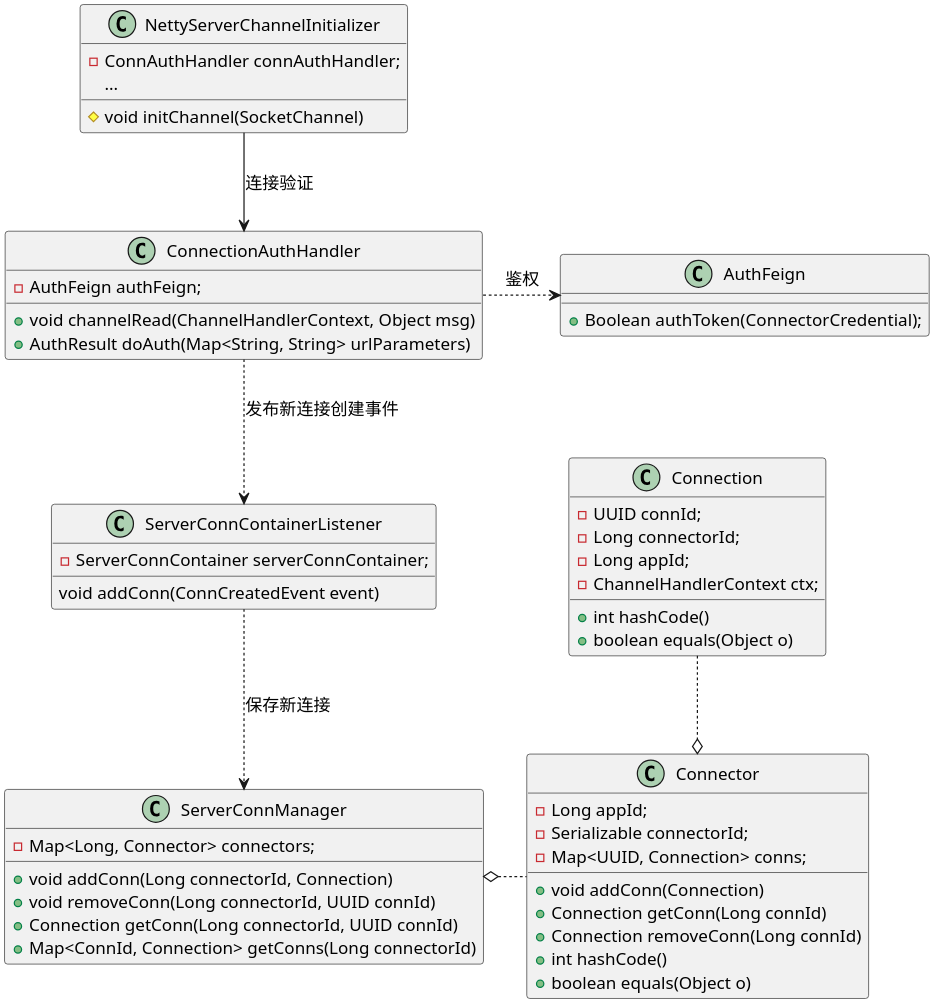
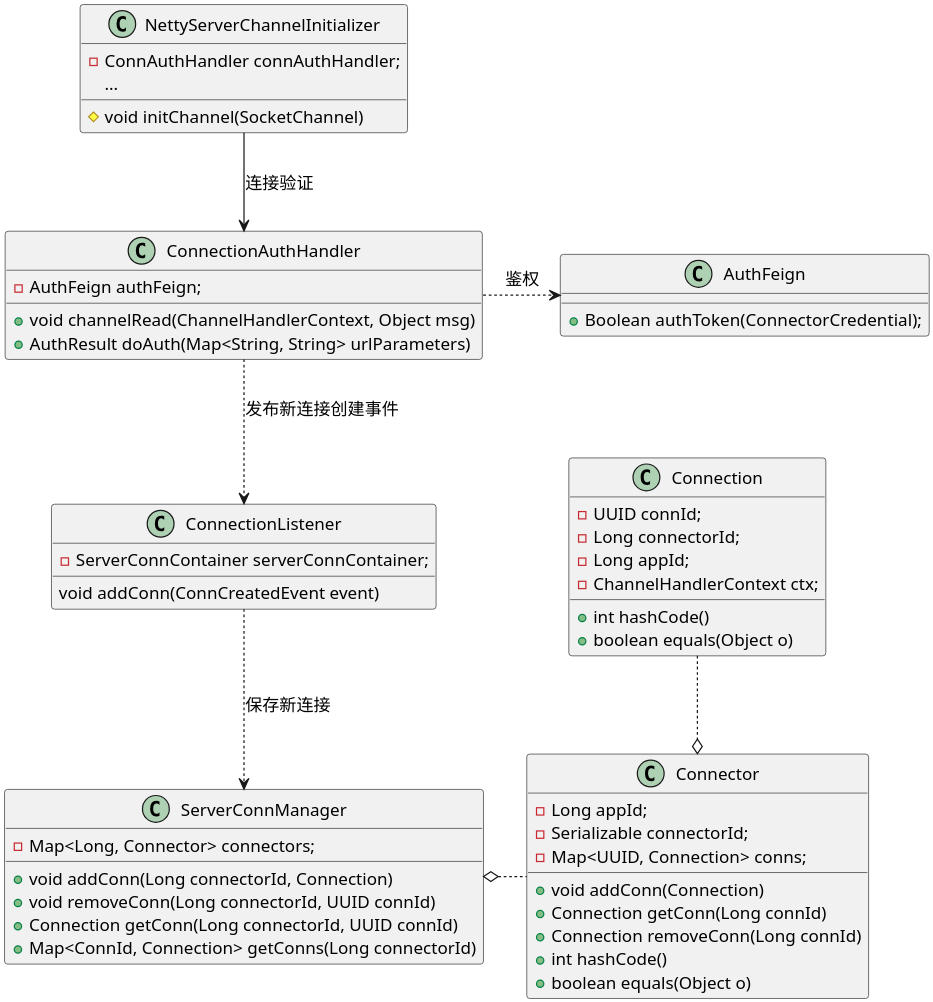
Before and after one commit to Etherealss/MessagePusher: the diagram in uml/connect/连接/Netty连接创建、验证与维护.puml, drawn with PlantUML. The commit also changed 10 other files, not shown here.

```diff
--- a/uml/connect/连接/Netty连接创建、验证与维护.puml
+++ b/uml/connect/连接/Netty连接创建、验证与维护.puml
@@ -1,68 +1,68 @@
 @startuml
 'https://plantuml.com/class-diagram
 skinparam shadowing false
 skinparam defaultFontName xfonts-wqy
 skinparam dpi 300
 skinparam activity  {
     DiamondFontSize 14
     ArrowFontSize 14
     FontSize 14
 }
 
 class AuthFeign {
     + Boolean authToken(ConnectorCredential);
 }
 
 class NettyServerChannelInitializer {
     - ConnAuthHandler connAuthHandler;
     ...
     # void initChannel(SocketChannel)
 }
 class ConnectionAuthHandler  {
     - AuthFeign authFeign;
     + void channelRead(ChannelHandlerContext, Object msg)
     + AuthResult doAuth(Map<String, String> urlParameters)
 }
 class ServerConnManager {
     - Map<Long, Connector> connectors;
     + void addConn(Long connectorId, Connection)
     + void removeConn(Long connectorId, UUID connId)
     + Connection getConn(Long connectorId, UUID connId)
     + Map<ConnId, Connection> getConns(Long connectorId)
 }
 
 class Connector {
     - Long appId;
     - Serializable connectorId;
     - Map<UUID, Connection> conns;
     + void addConn(Connection)
     + Connection getConn(Long connId)
     + Connection removeConn(Long connId)
     + int hashCode()
     + boolean equals(Object o)
 }
 
 class Connection {
     - UUID connId;
     - Long connectorId;
     - Long appId;
     - ChannelHandlerContext ctx;
     + int hashCode()
     + boolean equals(Object o)
 }
 
 ConnectionAuthHandler .> AuthFeign: 鉴权
 
 NettyServerChannelInitializer --> ConnectionAuthHandler: 连接验证
 
-class ServerConnContainerListener {
+class ConnectionListener {
     - ServerConnContainer serverConnContainer;
     void addConn(ConnCreatedEvent event)
 }
 
-ConnectionAuthHandler ..> ServerConnContainerListener: 发布新连接创建事件
-ServerConnContainerListener ..> ServerConnManager: 保存新连接
+ConnectionAuthHandler ..> ConnectionListener: 发布新连接创建事件
+ConnectionListener ..> ServerConnManager: 保存新连接
 ServerConnManager o. Connector
 Connection ..o Connector
 
 @enduml
```
